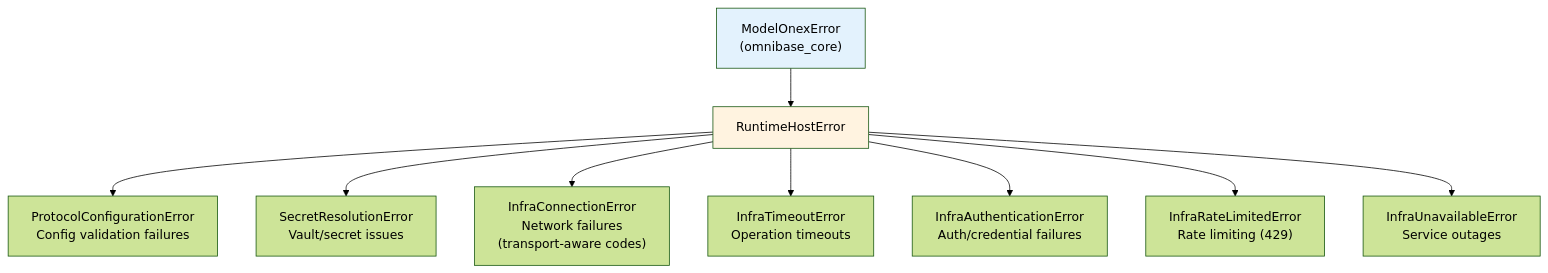
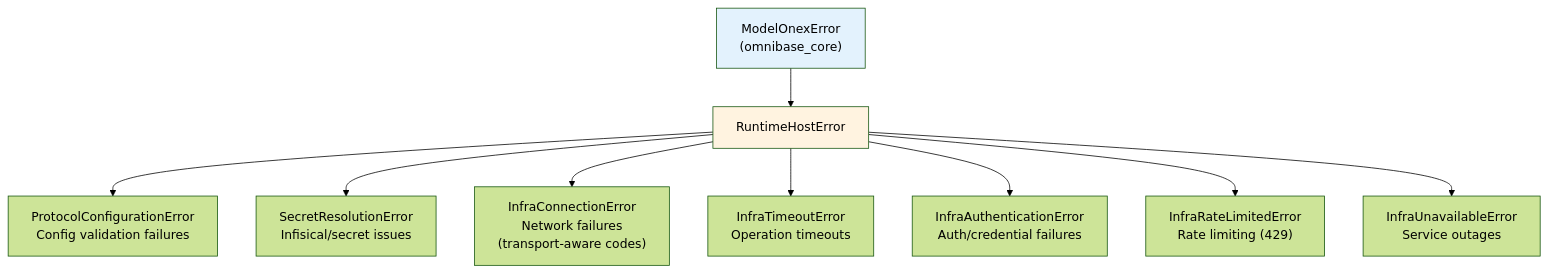
Before and after one commit to OmniNode-ai/omnibase_infra: the diagram in docs/patterns/error_handling_patterns.md, drawn with Mermaid (forest theme). The commit also changed other lines of this file and 100 other files, not shown here.

````diff
--- a/docs/patterns/error_handling_patterns.md
+++ b/docs/patterns/error_handling_patterns.md
@@ -67,18 +67,18 @@
 ```mermaid
 flowchart TB
     accTitle: ONEX Error Class Hierarchy
-    accDescr: Class hierarchy diagram showing the ONEX infrastructure error types. ModelOnexError from omnibase_core is the root. RuntimeHostError extends it, and seven specialized error types extend RuntimeHostError: ProtocolConfigurationError for invalid configs, SecretResolutionError for Vault and secret issues, InfraConnectionError for network failures with transport-aware error codes, InfraTimeoutError for operation timeouts, InfraAuthenticationError for auth failures, InfraRateLimitedError for rate limiting and throttling, and InfraUnavailableError for service outages.
+    accDescr: Class hierarchy diagram showing the ONEX infrastructure error types. ModelOnexError from omnibase_core is the root. RuntimeHostError extends it, and seven specialized error types extend RuntimeHostError: ProtocolConfigurationError for invalid configs, SecretResolutionError for Infisical and secret issues, InfraConnectionError for network failures with transport-aware error codes, InfraTimeoutError for operation timeouts, InfraAuthenticationError for auth failures, InfraRateLimitedError for rate limiting and throttling, and InfraUnavailableError for service outages.
 
     ONEX["ModelOnexError<br/>(omnibase_core)"] --> RH["RuntimeHostError"]
 
     RH --> PCE["ProtocolConfigurationError<br/>Config validation failures"]
-    RH --> SRE["SecretResolutionError<br/>Vault/secret issues"]
+    RH --> SRE["SecretResolutionError<br/>Infisical/secret issues"]
     RH --> ICE["InfraConnectionError<br/>Network failures<br/>(transport-aware codes)"]
     RH --> ITE["InfraTimeoutError<br/>Operation timeouts"]
     RH --> IAE["InfraAuthenticationError<br/>Auth/credential failures"]
     RH --> IRLE["InfraRateLimitedError<br/>Rate limiting (429)"]
     RH --> IUE["InfraUnavailableError<br/>Service outages"]
 
     style ONEX fill:#e3f2fd
     style RH fill:#fff3e0
 ```
````
